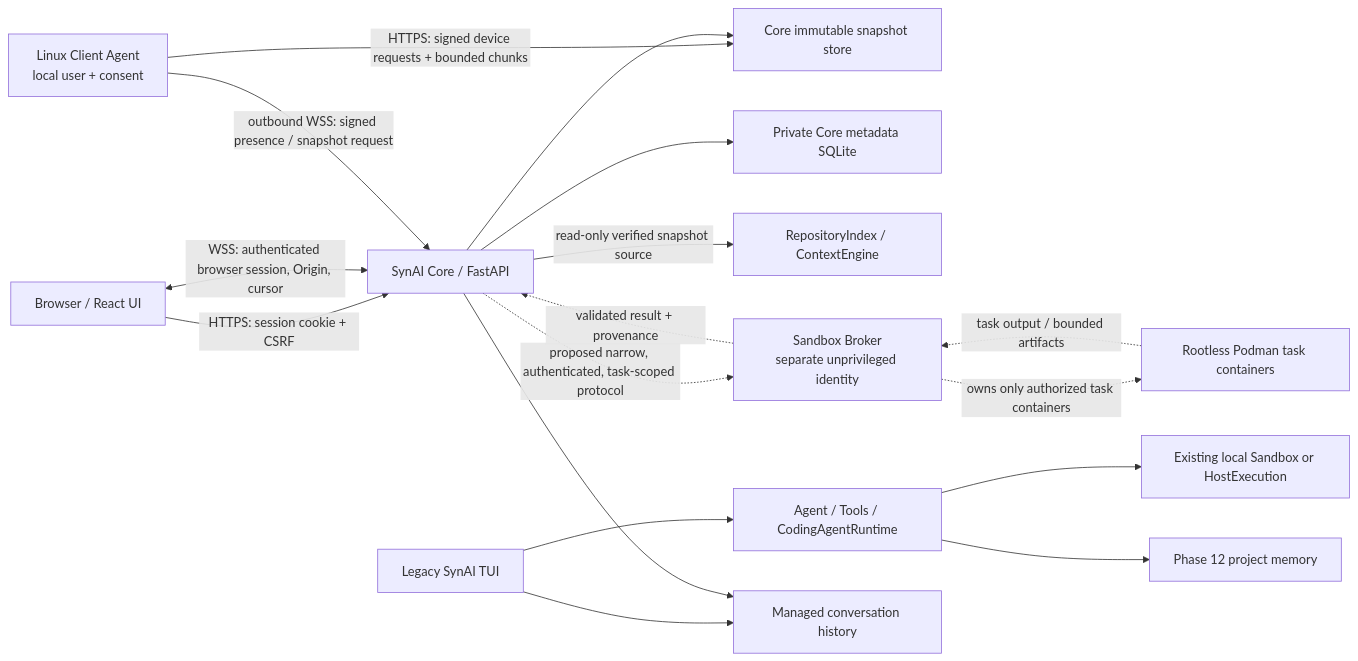
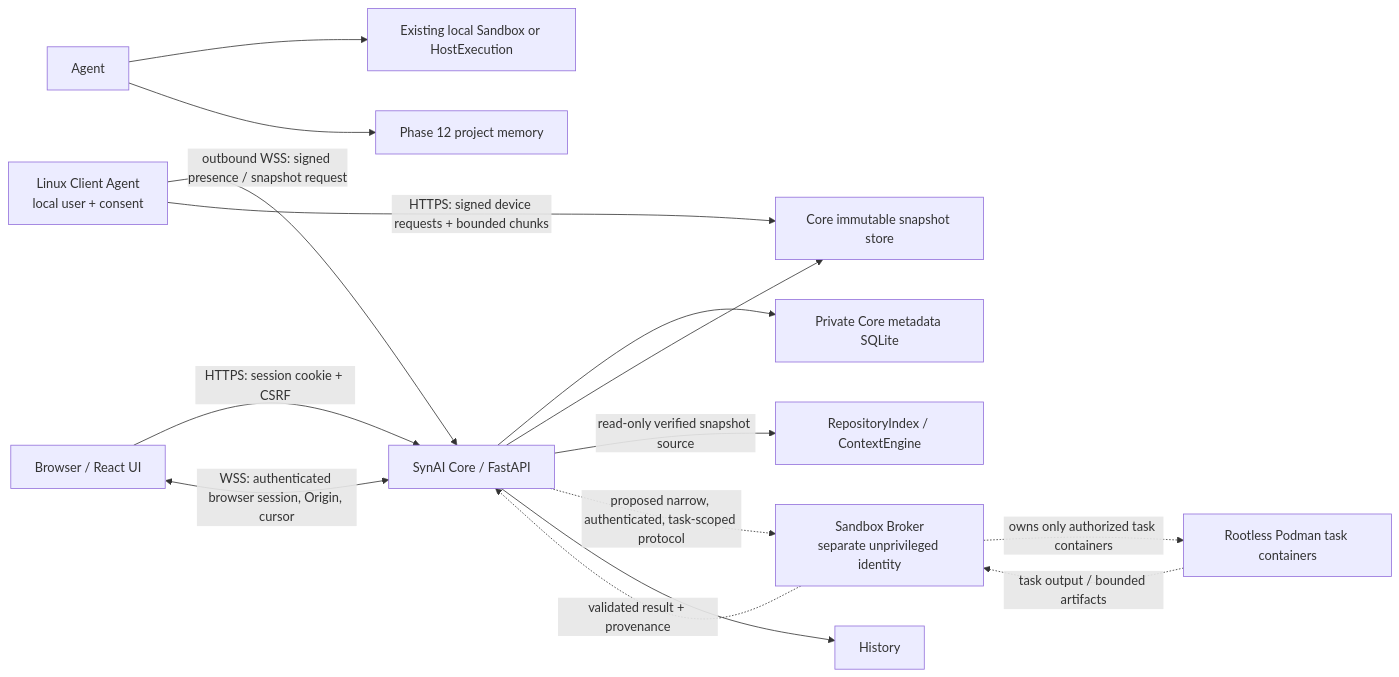
The diagram in docs/architecture/synai-2.0.md (bswiat1218/SynAI), drawn with Mermaid before and after one commit. The commit also changed other lines of this file and 66 other files, not shown here.

````diff
--- a/docs/architecture/synai-2.0.md
+++ b/docs/architecture/synai-2.0.md
@@ -62,19 +61,19 @@
 ```mermaid
 flowchart LR
     Browser["Browser / React UI"] -->|"HTTPS: session cookie + CSRF"| Core["SynAI Core / FastAPI"]
     Browser <-->|"WSS: authenticated browser session, Origin, cursor"| Core
     Client["Linux Client Agent\nlocal user + consent"] -->|"outbound WSS: signed presence / snapshot request"| Core
     Client -->|"HTTPS: signed device requests + bounded chunks"| Store["Core immutable snapshot store"]
     Core --> Meta["Private Core metadata SQLite"]
     Core --> Store
     Core -->|"read-only verified snapshot source"| Index["RepositoryIndex / ContextEngine"]
     Core -. "proposed narrow, authenticated, task-scoped protocol" .-> Broker["Sandbox Broker\nseparate unprivileged identity"]
     Broker -. "owns only authorized task containers" .-> Runtime["Rootless Podman task containers"]
     Runtime -. "task output / bounded artifacts" .-> Broker
     Broker -. "validated result + provenance" .-> Core
-    TUI["Legacy SynAI TUI"] --> Agent["Agent / Tools / CodingAgentRuntime"]
+    
     Agent --> LocalExec["Existing local Sandbox or HostExecution"]
     Agent --> Memory["Phase 12 project memory"]
-    TUI --> History["Managed conversation history"]
+
     Core --> History
 ```
````
